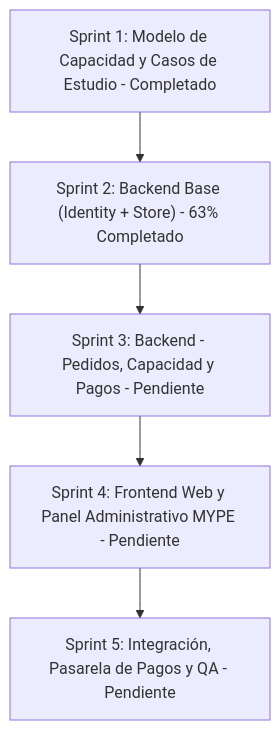
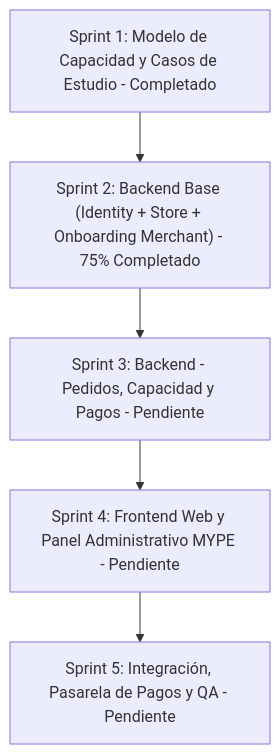
The second of 2 diagrams in README.md (iJosueeh/jaldishop), drawn with Mermaid before and after one commit. The commit also changed other lines of this file and 2 other files, not shown here.

Commit message:
docs: actualizamiento de documentacion con cambios recientes del sprint 2.

````diff
--- a/README.md
+++ b/README.md
@@ -112,10 +113,10 @@
 ```mermaid
 flowchart TD
     S1["Sprint 1: Modelo de Capacidad y Casos de Estudio - Completado"]
-    S2["Sprint 2: Backend Base (Identity + Store) - 63% Completado"]
+    S2["Sprint 2: Backend Base (Identity + Store + Onboarding Merchant) - 75% Completado"]
     S3["Sprint 3: Backend - Pedidos, Capacidad y Pagos - Pendiente"]
     S4["Sprint 4: Frontend Web y Panel Administrativo MYPE - Pendiente"]
     S5["Sprint 5: Integración, Pasarela de Pagos y QA - Pendiente"]
 
     S1 --> S2 --> S3 --> S4 --> S5
 ```
````
